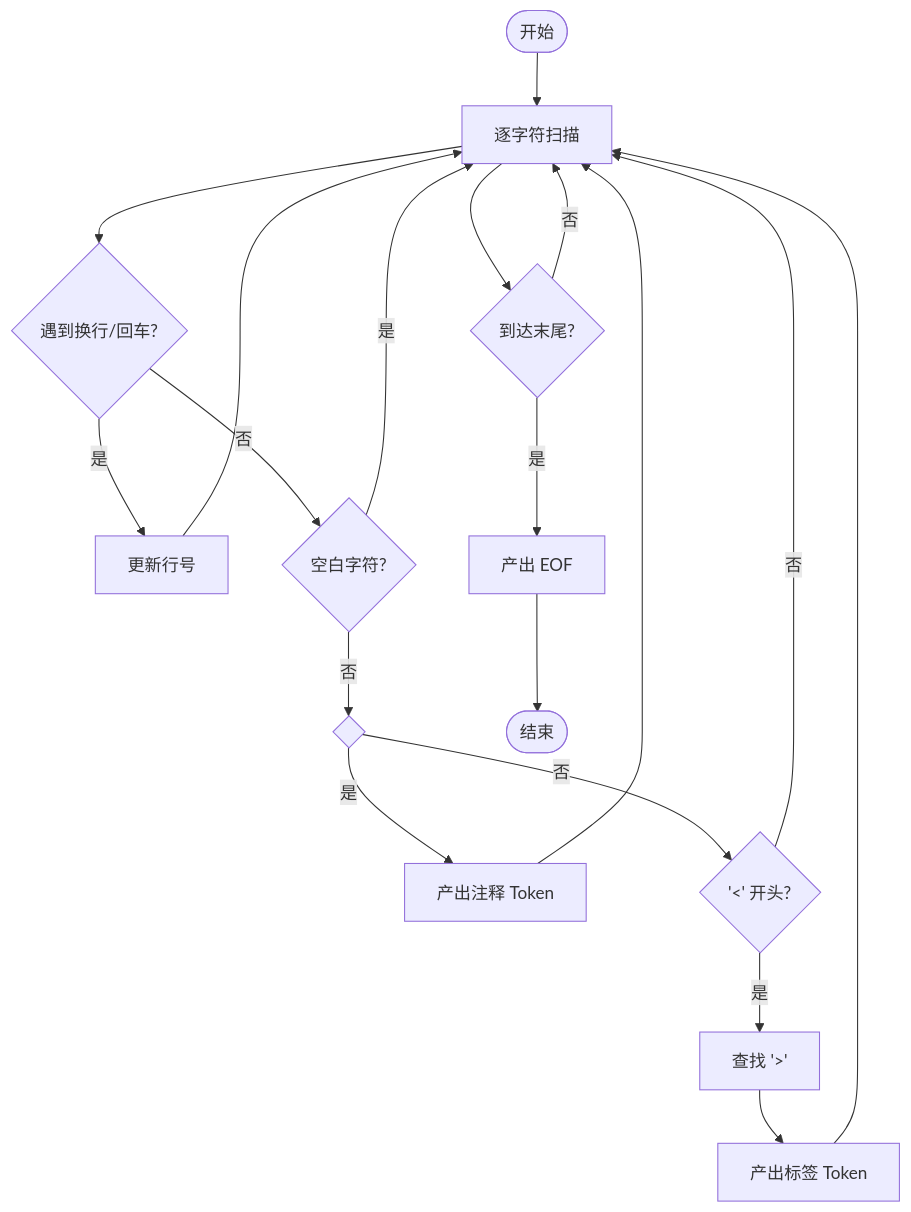
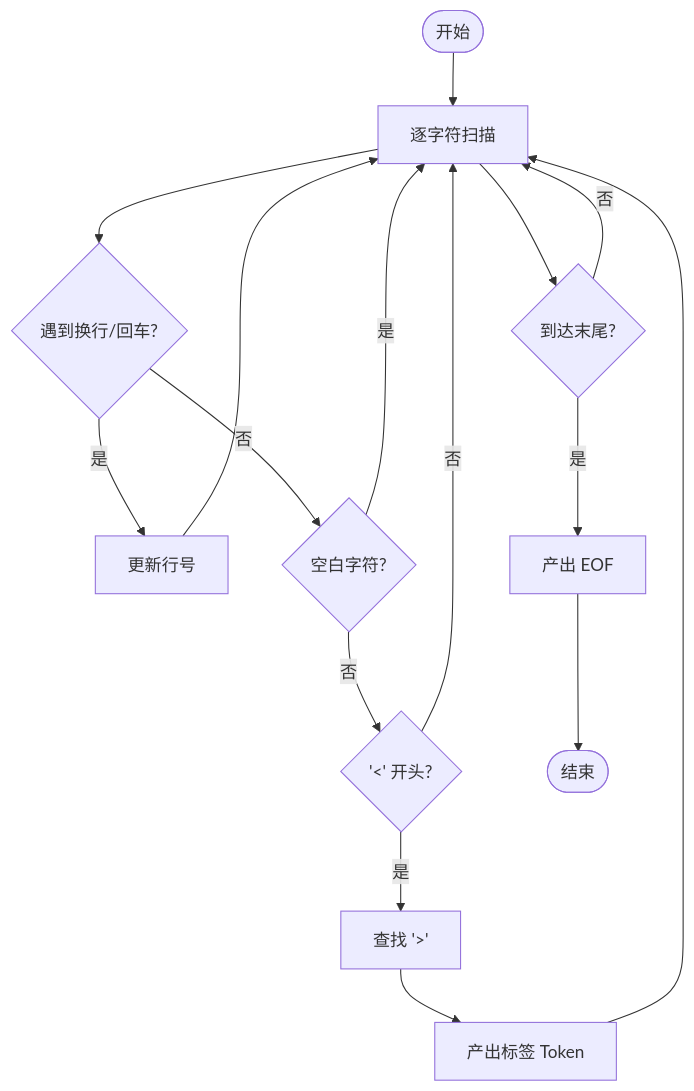
One commit to xingye00186/PHP-Data-UI-Framework-powered-by-swooleAOT changed the third of 7 diagrams in .qoder/repowiki/zh/content/SFC编译器系统/模板解析器.md. Above: the diagram before and after it, drawn with Mermaid. The commit also changed other lines of this file and 37 other files, not shown here.

````diff
--- a/.qoder/repowiki/zh/content/SFC编译器系统/模板解析器.md
+++ b/.qoder/repowiki/zh/content/SFC编译器系统/模板解析器.md
@@ -120,16 +130,14 @@
 ```mermaid
 flowchart TD
 Start(["开始"]) --> Scan["逐字符扫描"]
 Scan --> Newline{"遇到换行/回车?"}
 Newline --> |是| IncLine["更新行号"] --> Scan
 Newline --> |否| Whitespace{"空白字符?"}
 Whitespace --> |是| Scan
-Whitespace --> |否| Comment{"<!-- 注释?"}
-Comment --> |是| EmitComment["产出注释 Token"] --> Scan
-Comment --> |否| Tag{"'<' 开头?"}
-Tag --> |是| FindGT["查找 '>'"] --> EmitTag["产出标签 Token"] --> Scan
-Tag --> |否| Scan
+Whitespace --> |否| Comment{"'<' 开头?"}
+Comment --> |是| FindGT["查找 '>'"] --> EmitTag["产出标签 Token"] --> Scan
+Comment --> |否| Scan
 Scan --> EOF{"到达末尾?"}
 EOF --> |否| Scan
 EOF --> |是| EmitEOF["产出 EOF"] --> End(["结束"])
 ```
````
